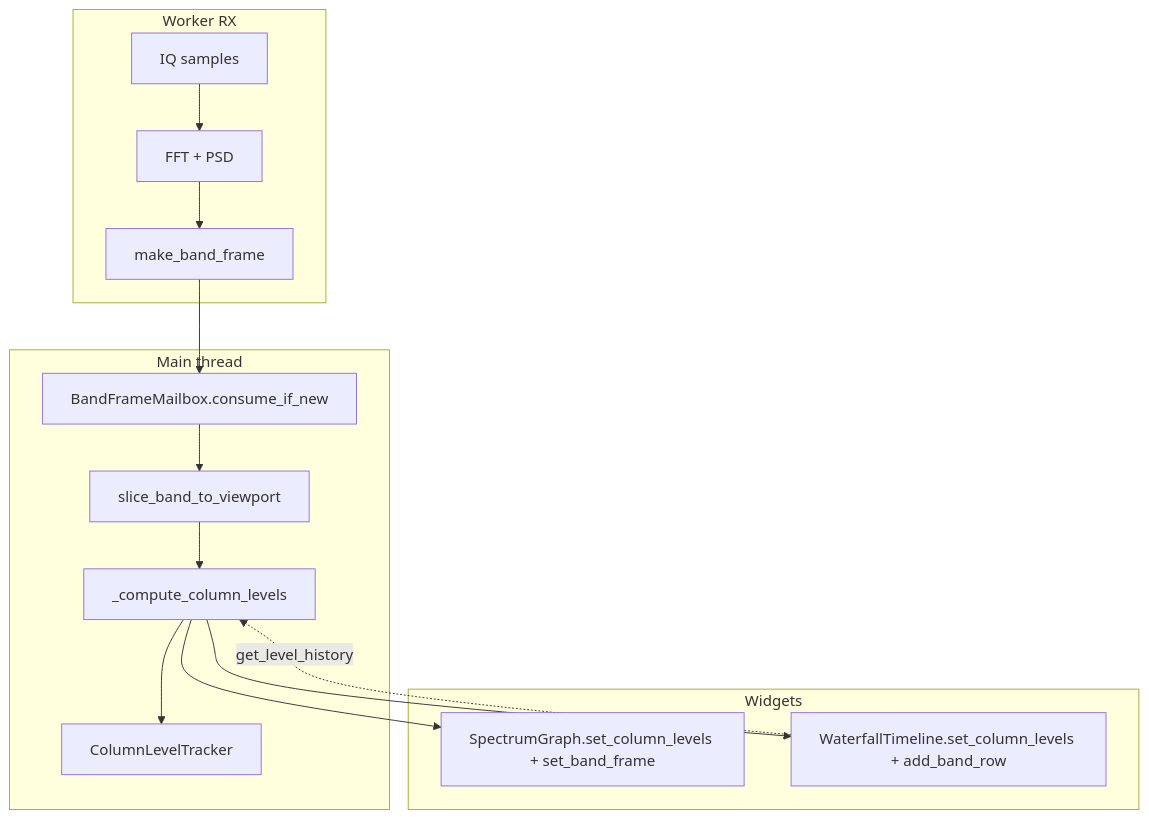
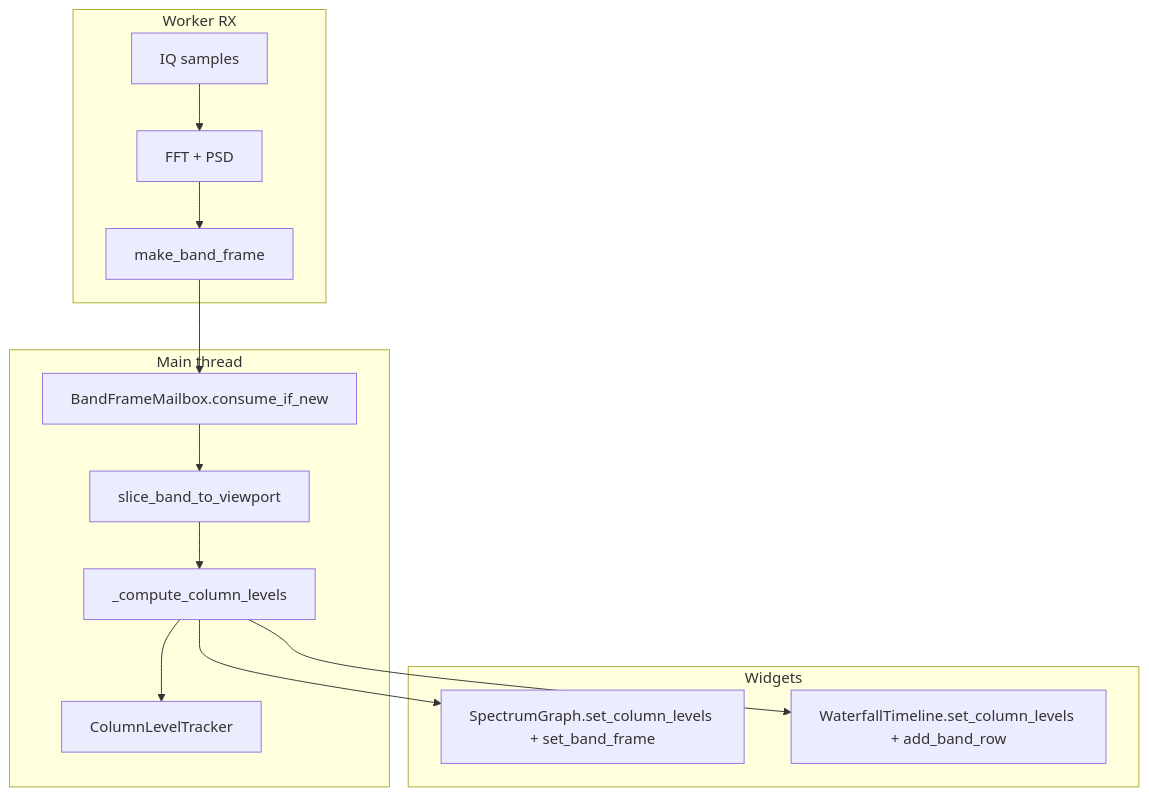
The diagram in docs/display.md (xyz-rainbow/xyz-sdr), drawn with Mermaid before and after one commit. The commit also changed other lines of this file and 1 other file, not shown here.

Commit message:
Align architectural and display pipeline documentation with decoupled level history design

````diff
--- a/docs/display.md
+++ b/docs/display.md
@@ -27,25 +27,24 @@
 ```mermaid
 flowchart TB
     subgraph rx [Worker RX]
         IQ[IQ samples]
         FFT[FFT + PSD]
         BF[make_band_frame]
     end
     subgraph mailbox [Main thread]
         MB[BandFrameMailbox.consume_if_new]
         SL[slice_band_to_viewport]
         CL[_compute_column_levels]
         TR[ColumnLevelTracker]
     end
     subgraph ui [Widgets]
         SP[SpectrumGraph.set_column_levels + set_band_frame]
         WF[WaterfallTimeline.set_column_levels + add_band_row]
     end
     IQ --> FFT --> BF --> MB
     MB --> SL
     SL --> CL
-    WF -.->|get_level_history| CL
     CL --> TR
     CL --> SP
     CL --> WF
 ```
````
